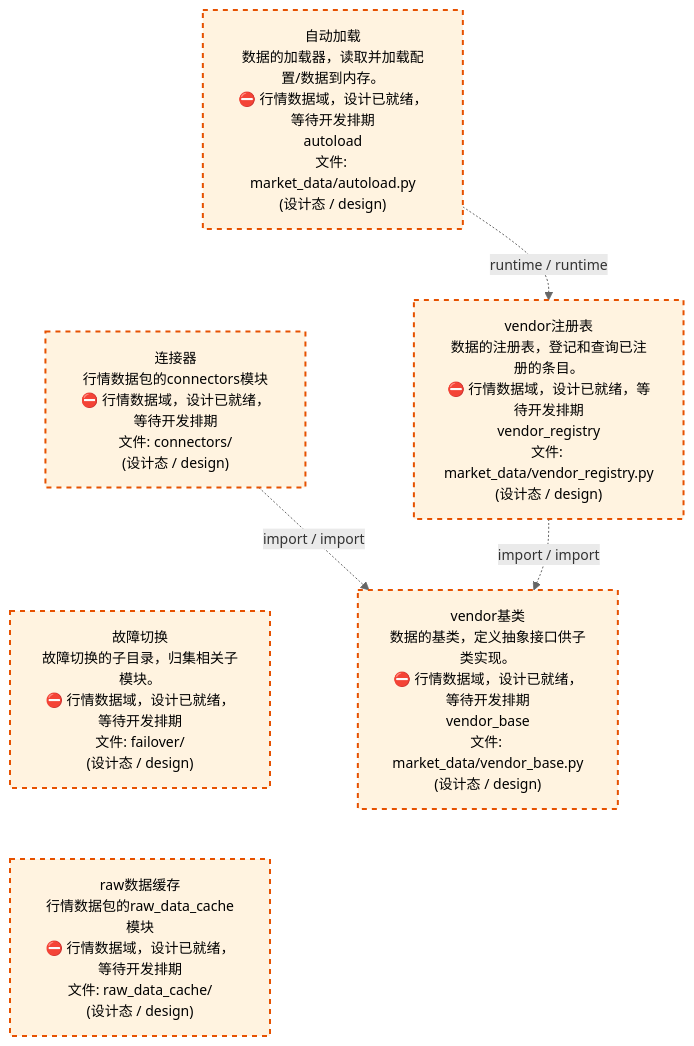
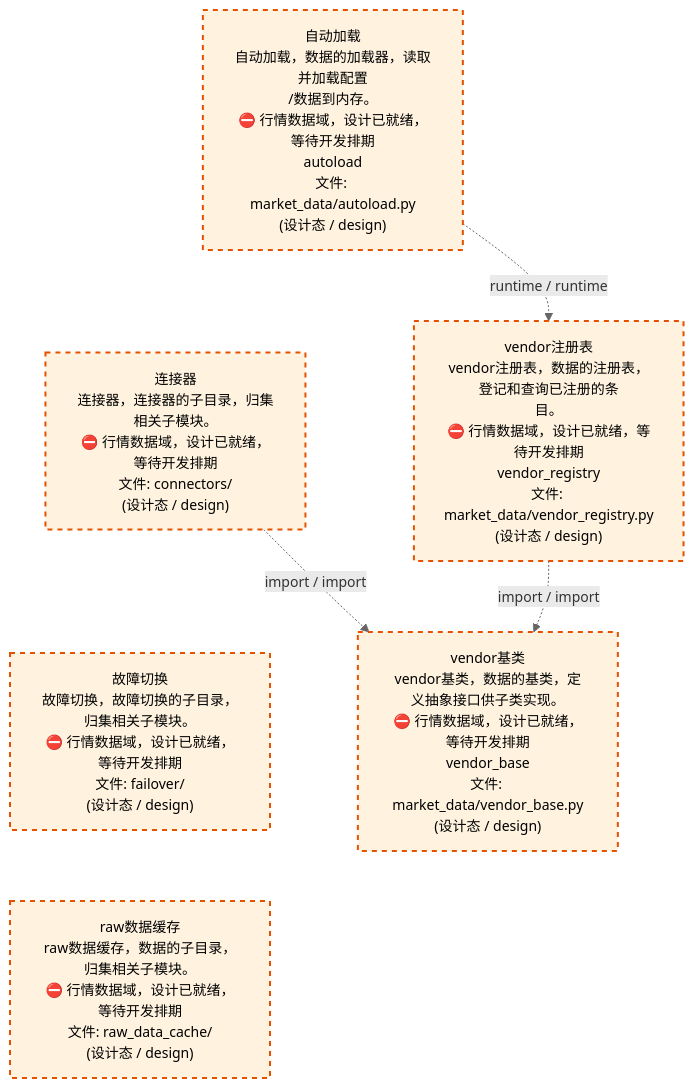
Before and after one commit to xuanFelixVan/ZephyrAlpha: the third of 4 diagrams in docs/02_enterprise_architecture/02_domain_architecture_docs/23_d_mkt_data.md, drawn with Mermaid. The commit also changed other lines of this file and 56 other files, not shown here.

````diff
--- a/docs/02_enterprise_architecture/02_domain_architecture_docs/23_d_mkt_data.md
+++ b/docs/02_enterprise_architecture/02_domain_architecture_docs/23_d_mkt_data.md
@@ -143,21 +143,21 @@
 ```mermaid
 %%{init: {'theme': 'base', 'themeVariables': {'primaryColor': '#eaeaea', 'primaryTextColor': '#333333', 'primaryBorderColor': '#666666', 'lineColor': '#666666', 'secondaryColor': '#eaeaea', 'tertiaryColor': '#eaeaea', 'fontSize': '14px'}}}%%
 flowchart TD
-    src_zephyr_market_data_autoload_py["自动加载<br/>数据的加载器，读取并加载配置/数据到内存。<br/>⛔ 行情数据域，设计已就绪，等待开发排期<br/>autoload<br/>文件: market_data/autoload.py<br/>(设计态 / design)"]
-    src_zephyr_market_data_connectors["连接器<br/>行情数据包的connectors模块<br/>⛔ 行情数据域，设计已就绪，等待开发排期<br/>文件: connectors/<br/>(设计态 / design)"]
-    src_zephyr_market_data_failover["故障切换<br/>故障切换的子目录，归集相关子模块。<br/>⛔ 行情数据域，设计已就绪，等待开发排期<br/>文件: failover/<br/>(设计态 / design)"]
-    src_zephyr_market_data_raw_data_cache["raw数据缓存<br/>行情数据包的raw_data_cache模块<br/>⛔ 行情数据域，设计已就绪，等待开发排期<br/>文件: raw_data_cache/<br/>(设计态 / design)"]
+    src_zephyr_market_data_autoload_py["自动加载<br/>自动加载，数据的加载器，读取并加载配置<br/>/数据到内存。<br/>⛔ 行情数据域，设计已就绪，等待开发排期<br/>autoload<br/>文件: market_data/autoload.py<br/>(设计态 / design)"]
+    src_zephyr_market_data_connectors["连接器<br/>连接器，连接器的子目录，归集相关子模块。<br/>⛔ 行情数据域，设计已就绪，等待开发排期<br/>文件: connectors/<br/>(设计态 / design)"]
+    src_zephyr_market_data_failover["故障切换<br/>故障切换，故障切换的子目录，归集相关子模块。<br/>⛔ 行情数据域，设计已就绪，等待开发排期<br/>文件: failover/<br/>(设计态 / design)"]
+    src_zephyr_market_data_raw_data_cache["raw数据缓存<br/>raw数据缓存，数据的子目录，归集相关子模块。<br/>⛔ 行情数据域，设计已就绪，等待开发排期<br/>文件: raw_data_cache/<br/>(设计态 / design)"]
     src_zephyr_market_data_autoload_py ~~~ src_zephyr_market_data_connectors
     src_zephyr_market_data_connectors ~~~ src_zephyr_market_data_failover
     src_zephyr_market_data_failover ~~~ src_zephyr_market_data_raw_data_cache
-    src_zephyr_market_data_vendor_registry_py["vendor注册表<br/>数据的注册表，登记和查询已注册的条目。<br/>⛔ 行情数据域，设计已就绪，等待开发排期<br/>vendor_registry<br/>文件: market_data/vendor_registry.py<br/>(设计态 / design)"]
-    src_zephyr_market_data_vendor_base_py["vendor基类<br/>数据的基类，定义抽象接口供子类实现。<br/>⛔ 行情数据域，设计已就绪，等待开发排期<br/>vendor_base<br/>文件: market_data/vendor_base.py<br/>(设计态 / design)"]
+    src_zephyr_market_data_vendor_registry_py["vendor注册表<br/>vendor注册表，数据的注册表，登记和查询已注册的条<br/>目。<br/>⛔ 行情数据域，设计已就绪，等待开发排期<br/>vendor_registry<br/>文件: market_data/vendor_registry.py<br/>(设计态 / design)"]
+    src_zephyr_market_data_vendor_base_py["vendor基类<br/>vendor基类，数据的基类，定义抽象接口供子类实现。<br/>⛔ 行情数据域，设计已就绪，等待开发排期<br/>vendor_base<br/>文件: market_data/vendor_base.py<br/>(设计态 / design)"]
     src_zephyr_market_data_vendor_registry_py -.->|import / import| src_zephyr_market_data_vendor_base_py
     src_zephyr_market_data_connectors -.->|import / import| src_zephyr_market_data_vendor_base_py
     src_zephyr_market_data_autoload_py -.->|runtime / runtime| src_zephyr_market_data_vendor_registry_py
     classDef production fill:#e1f5fe,stroke:#01579b,stroke-width:2px,color:#000
     classDef design fill:#fff3e0,stroke:#e65100,stroke-width:2px,color:#000,stroke-dasharray: 5 5
     classDef external_prod fill:#e8f4fd,stroke:#0277bd,stroke-width:1px,color:#000
     classDef external_design fill:#fff8e7,stroke:#ef6c00,stroke-width:1px,color:#000,stroke-dasharray: 5 5
     class src_zephyr_market_data_autoload_py,src_zephyr_market_data_connectors,src_zephyr_market_data_failover,src_zephyr_market_data_raw_data_cache,src_zephyr_market_data_vendor_base_py,src_zephyr_market_data_vendor_registry_py design
 ```
````
